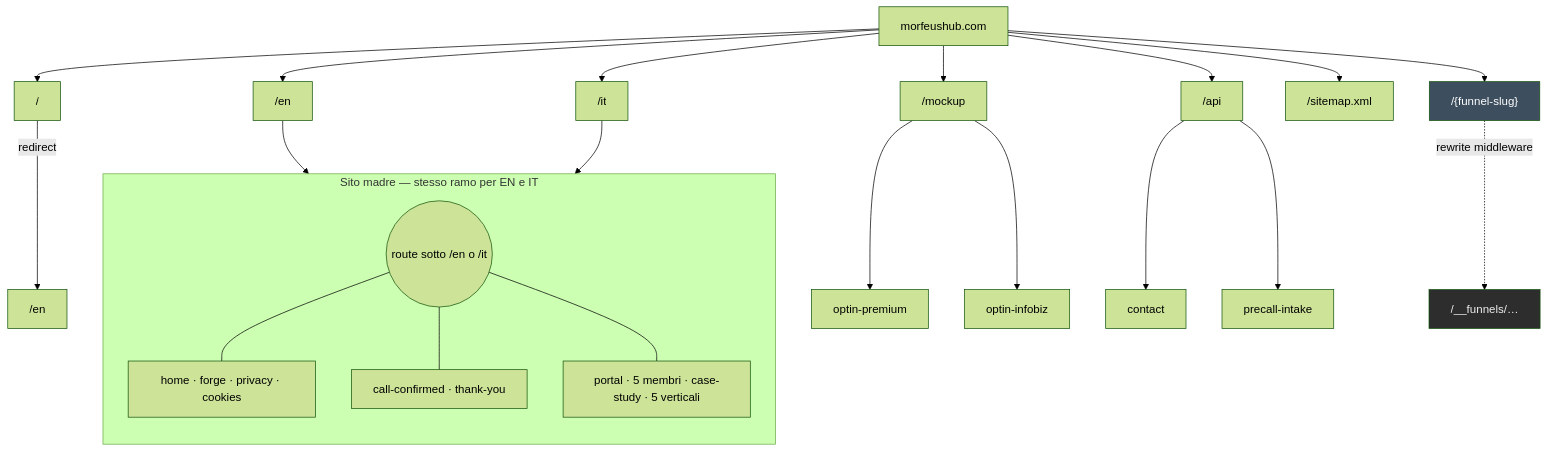
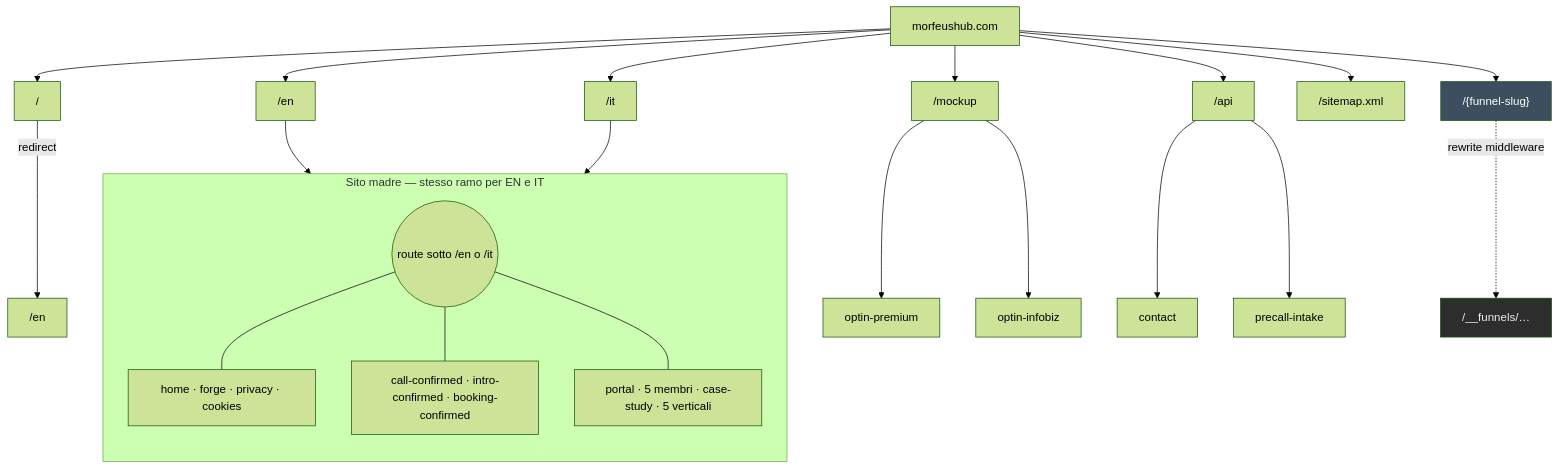
The first of 2 diagrams in docs/site-tree.md (mattarna/morfeus-website), drawn with Mermaid (forest theme) before and after one commit. The commit also changed other lines of this file and 4 other files, not shown here.

First line of the commit message:
Implement 3-tier post-booking architecture

````diff
--- a/docs/site-tree.md
+++ b/docs/site-tree.md
@@ -132,37 +134,37 @@
 ```mermaid
 flowchart TB
   DOM["morfeushub.com"]
 
   DOM --> ROOT["/"]
   ROOT -->|"redirect"| EN_DEFAULT["/en"]
 
   DOM --> EN["/en"]
   DOM --> IT["/it"]
 
   subgraph LOC["Sito madre — stesso ramo per EN e IT"]
     direction TB
     HUB((route sotto /en o /it))
     HUB --- G1["home · forge · privacy · cookies"]
-    HUB --- G2["call-confirmed · thank-you"]
+    HUB --- G2["call-confirmed · intro-confirmed · booking-confirmed"]
     HUB --- G3["portal · 5 membri · case-study · 5 verticali"]
   end
 
   EN --> LOC
   IT --> LOC
 
   DOM --> MOCK["/mockup"]
   MOCK --> M1["optin-premium"]
   MOCK --> M2["optin-infobiz"]
 
   DOM --> API["/api"]
   API --> AC["contact"]
   API --> PR["precall-intake"]
 
   DOM --> SMAP["/sitemap.xml"]
 
   DOM --> FUN["/{funnel-slug}"]
   FUN -.->|"rewrite middleware"| INTERNAL["/__funnels/…"]
 
   style INTERNAL fill:#2d2d2d,color:#eee
   style FUN fill:#3d4f5f,color:#fff
 ```
````
